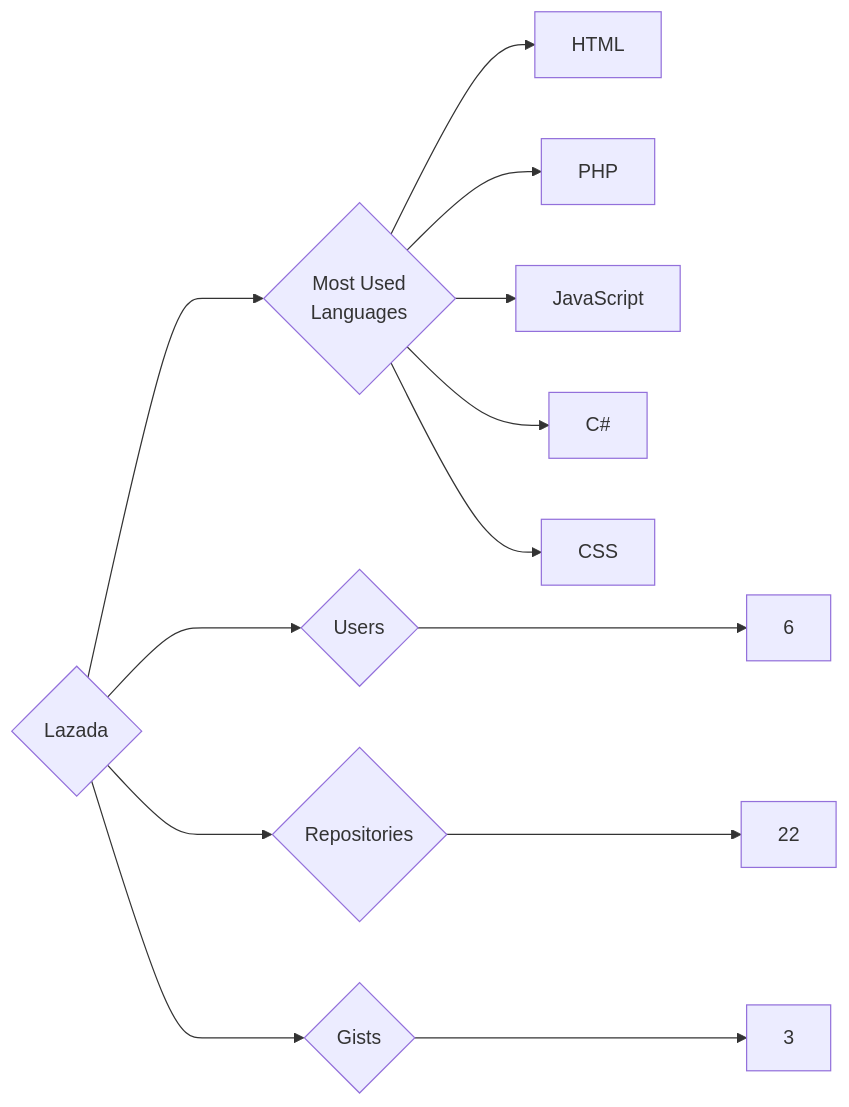
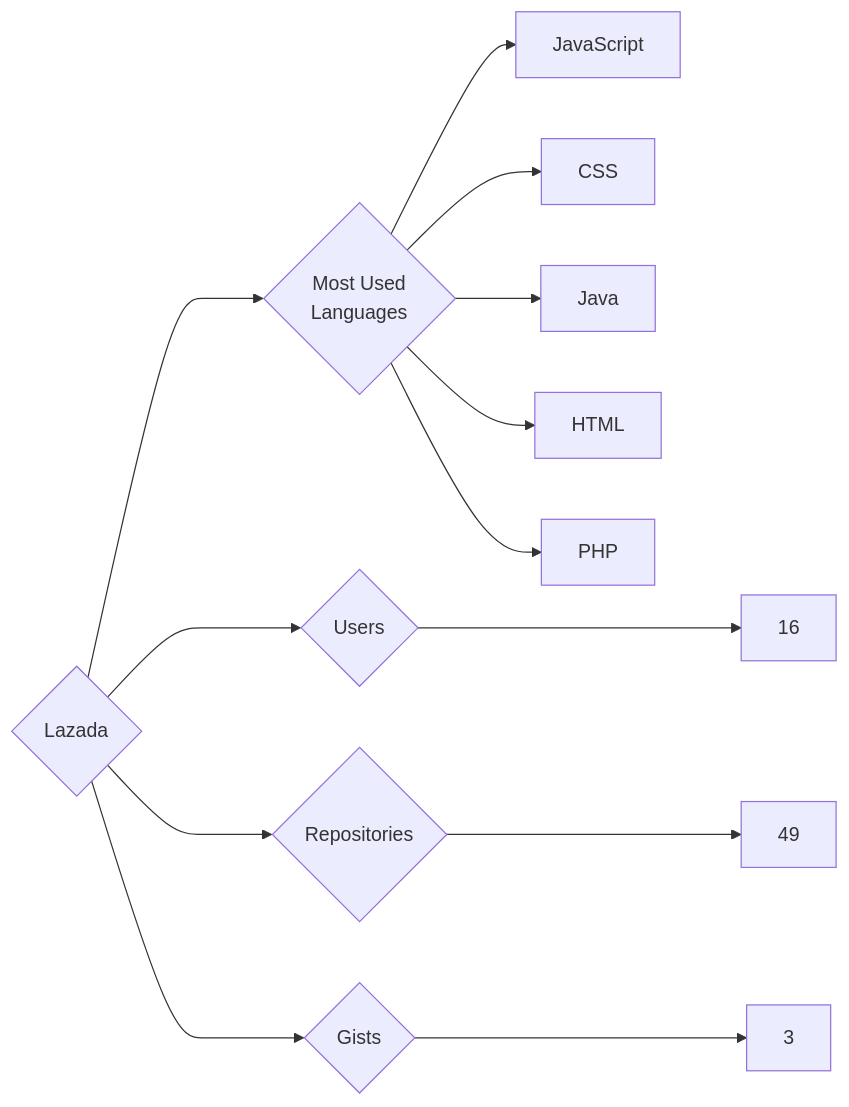
One commit to trickest/insiders changed the diagram in targets/Lazada/README.md. Above: the diagram before and after it, drawn with Mermaid. The commit also changed 934 other files, not shown here.

````diff
--- a/targets/Lazada/README.md
+++ b/targets/Lazada/README.md
@@ -3,13 +3,13 @@
 ```mermaid
 graph LR
 COMPANY_NAME{Lazada}
-COMPANY_NAME ---> U{Users} ---> UN[6]
-COMPANY_NAME ---> R{Repositories} ---> RN[22]
+COMPANY_NAME ---> U{Users} ---> UN[16]
+COMPANY_NAME ---> R{Repositories} ---> RN[49]
 COMPANY_NAME ---> G{Gists} ---> GN[3]
 COMPANY_NAME ---> ML{Most Used<br>Languages}
+ML --> JavaScript[JavaScript]
+ML --> CSS[CSS]
+ML --> Java[Java]
 ML --> HTML[HTML]
 ML --> PHP[PHP]
-ML --> JavaScript[JavaScript]
-ML --> C#[C#]
-ML --> CSS[CSS]
 ```
````
